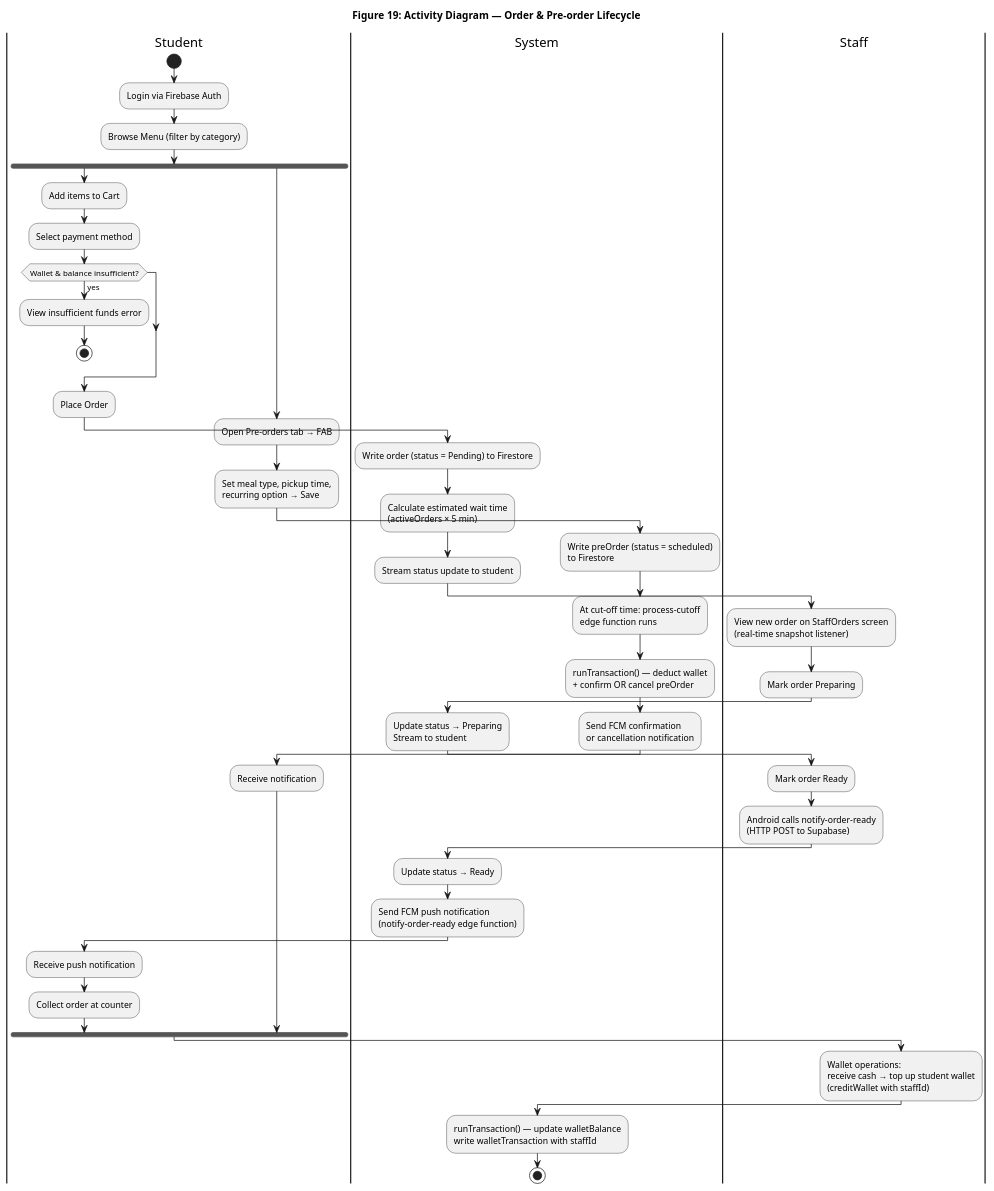
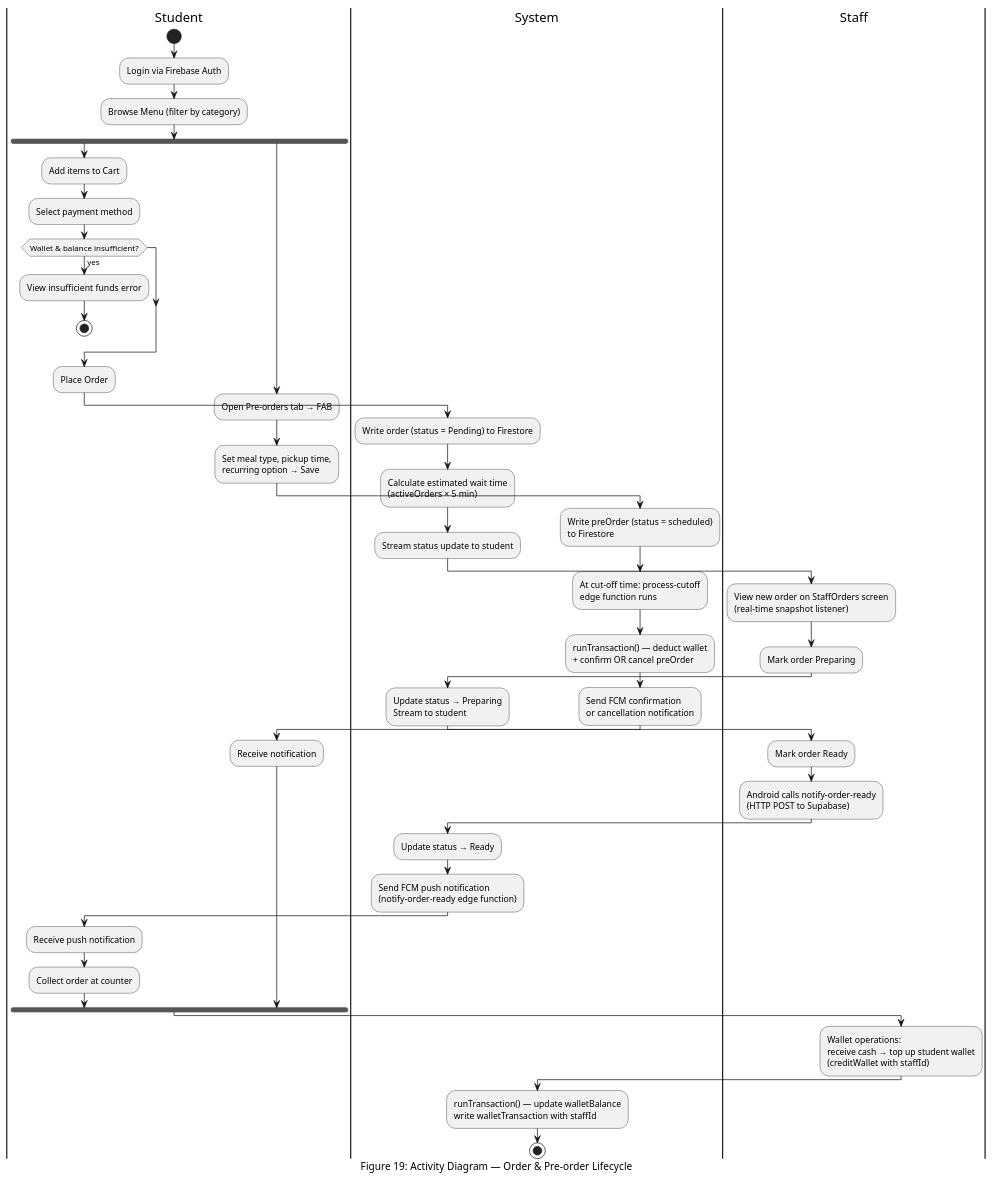
Before and after one commit to Musyonchez/beni-2: the sixth of 9 diagrams in pdf-source/figures/ch-5.md, drawn with PlantUML. The commit also changed other lines of this file and 30 other files, not shown here.

First line of the commit message:
chore: update figures, add generated PNGs, fix figure follow-up paragraphs

````diff
--- a/pdf-source/figures/ch-5.md
+++ b/pdf-source/figures/ch-5.md
@@ -337,70 +337,70 @@
 ```plantuml
 @startuml Figure19_ActivityDiagram
 skinparam backgroundColor white
 skinparam defaultFontName Arial
-title Figure 19: Activity Diagram — Order & Pre-order Lifecycle
+caption Figure 19: Activity Diagram — Order & Pre-order Lifecycle
 
 |Student|
 start
 :Login via Firebase Auth;
 :Browse Menu (filter by category);
 
 fork
   |Student|
   :Add items to Cart;
   :Select payment method;
   if (Wallet & balance insufficient?) then (yes)
     :View insufficient funds error;
     stop
   endif
   :Place Order;
 
   |System|
   :Write order (status = Pending) to Firestore;
   :Calculate estimated wait time\n(activeOrders × 5 min);
   :Stream status update to student;
 
   |Staff|
   :View new order on StaffOrders screen\n(real-time snapshot listener);
   :Mark order Preparing;
 
   |System|
   :Update status → Preparing\nStream to student;
 
   |Staff|
   :Mark order Ready;
   :Android calls notify-order-ready\n(HTTP POST to Supabase);
 
   |System|
   :Update status → Ready;
   :Send FCM push notification\n(notify-order-ready edge function);
 
   |Student|
   :Receive push notification;
   :Collect order at counter;
 
 fork again
   |Student|
   :Open Pre-orders tab → FAB;
   :Set meal type, pickup time,\nrecurring option → Save;
 
   |System|
   :Write preOrder (status = scheduled)\nto Firestore;
   :At cut-off time: process-cutoff\nedge function runs;
   :runTransaction() — deduct wallet\n+ confirm OR cancel preOrder;
   :Send FCM confirmation\nor cancellation notification;
 
   |Student|
   :Receive notification;
 
 end fork
 
 |Staff|
 :Wallet operations:\nreceive cash → top up student wallet\n(creditWallet with staffId);
 
 |System|
 :runTransaction() — update walletBalance\nwrite walletTransaction with staffId;
 
 stop
 @enduml
 ```
````
